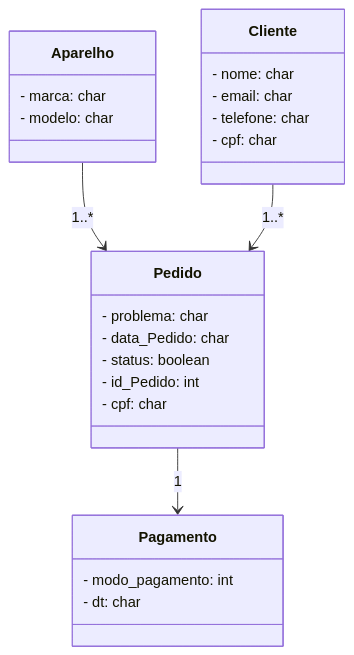
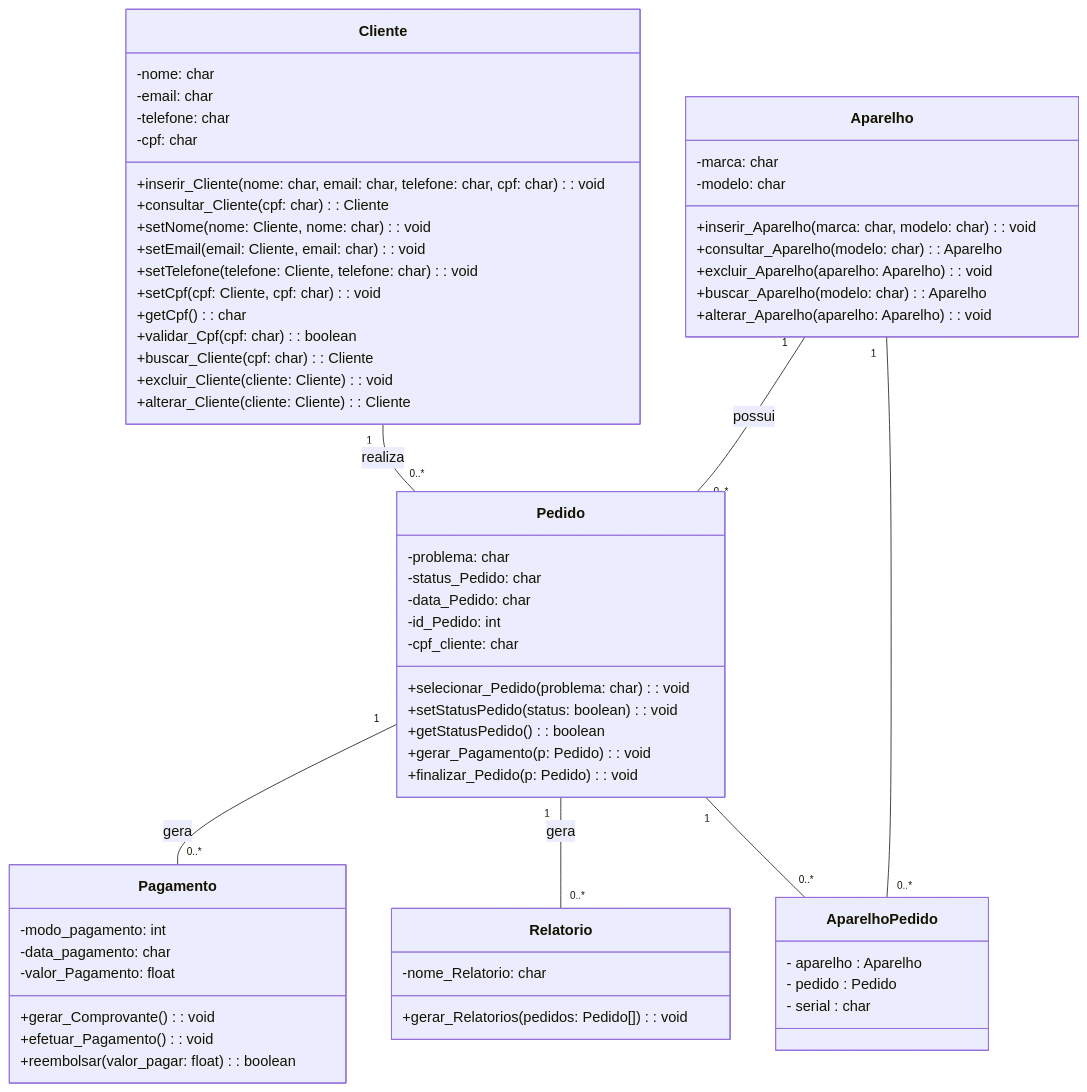
The diagram in documentação/doc-visao.md (flaviogui/TechCell-Pro), drawn with Mermaid before and after one commit.

Commit message:
Atualizando Modelo Conceitual - Diagrama de Classe #13
Atualizando o Modelo Conceitual inicial que estava incompleto

````diff
--- a/documentação/doc-visao.md
+++ b/documentação/doc-visao.md
@@ -62,33 +62,72 @@
 ```mermaid
 classDiagram
-  class Aparelho {
-    - marca: char
-    - modelo: char
-  }
+    class Aparelho {
+        -marca: char
+        -modelo: char
+        +inserir_Aparelho(marca: char, modelo: char): void
+        +consultar_Aparelho(modelo: char): Aparelho 
+        +excluir_Aparelho(aparelho: Aparelho): void 
+        +buscar_Aparelho(modelo: char): Aparelho 
+        +alterar_Aparelho(aparelho: Aparelho): void 
+    }
+    
+    class Cliente {
+        -nome: char
+        -email: char
+        -telefone: char
+        -cpf: char
+        +inserir_Cliente(nome: char, email: char, telefone: char, cpf: char): void 
+        +consultar_Cliente(cpf: char): Cliente 
+        +setNome(nome: Cliente, nome: char): void 
+		+setEmail(email: Cliente, email: char): void 
+		+setTelefone(telefone: Cliente, telefone: char): void	
+		+setCpf(cpf: Cliente, cpf: char): void	
+	    +getCpf(): char	
+	    +validar_Cpf(cpf: char): boolean	
+	    +buscar_Cliente(cpf: char): Cliente	
+	    +excluir_Cliente(cliente: Cliente): void 	
+	    +alterar_Cliente(cliente: Cliente): Cliente 	
+    }
+    
+    class Pedido {
+       -problema: char  
+       -status_Pedido: char  
+       -data_Pedido: char   
+       -id_Pedido: int   
+       -cpf_cliente: char   
+       +selecionar_Pedido(problema: char): void   
+	   +setStatusPedido(status: boolean): void   
+	   +getStatusPedido(): boolean  	
+	   +gerar_Pagamento(p: Pedido): void  	
+	   +finalizar_Pedido(p: Pedido): void  	
+    }
+    
+    class Pagamento {
+      -modo_pagamento: int  
+	  -data_pagamento: char  
+	  -valor_Pagamento: float  	
+	  +gerar_Comprovante(): void  	
+	  +efetuar_Pagamento(): void  	
+	  +reembolsar(valor_pagar: float): boolean 	
+     }
 
-  class Cliente {
-    - nome: char
-    - email: char
-    - telefone: char
-    - cpf: char
-  }
+     class Relatorio{
+      -nome_Relatorio: char  
+      +gerar_Relatorios(pedidos: Pedido[]): void
+     }
 
-  class Pedido {
-    - problema: char
-    - data_Pedido: char
-    - status: boolean
-    - id_Pedido: int
-    - cpf: char
-  }
+    class AparelhoPedido {
+        - aparelho : Aparelho
+        - pedido : Pedido
+        - serial : char
+    }
 
-  class Pagamento {
-    - modo_pagamento: int
-    - dt: char
-  }
-
-  Aparelho --> Pedido : 1..*
-  Cliente --> Pedido : 1..*
-  Pedido --> Pagamento : 1
+     Aparelho "1" -- "0..*" Pedido : possui
+     Cliente "1" -- "0..*" Pedido : realiza
+     Pedido "1" -- "0..*" Pagamento : gera
+     Pedido "1" -- "0..*" Relatorio : gera
+     Aparelho "1" -- "0..*" AparelhoPedido
+     Pedido "1" -- "0..*" AparelhoPedido
 
 
 ```
````
